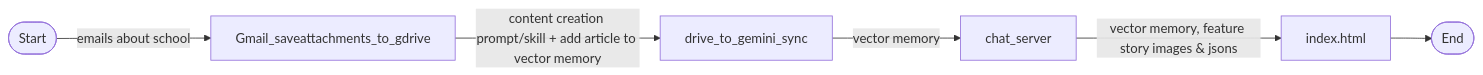
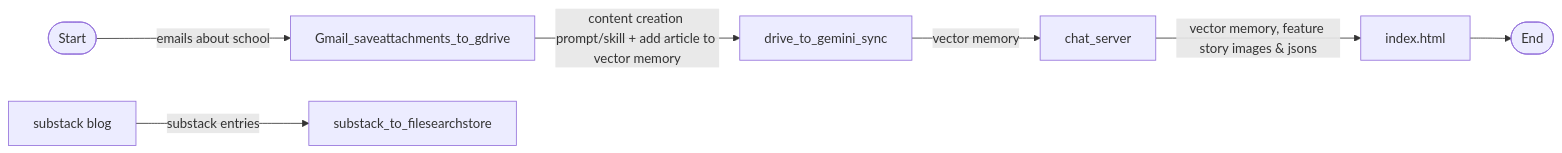
One commit to cognitivemetaphors/DevelopmentDirectorAgent changed the diagram in readme.md. Above: the diagram before and after it, drawn with Mermaid. The commit also changed other lines of this file and 2 other files, not shown here.

Commit message:
Introduce substack_to_filesearchstore and new chat_server substack endpoint

````diff
--- a/readme.md
+++ b/readme.md
@@ -1,9 +1,10 @@
 ```mermaid
 flowchart LR 
         A(["Start"])
         A --emails about school--> B["Gmail_saveattachments_to_gdrive"]
         B --content creation prompt/skill + add article to vector memory-->D["drive_to_gemini_sync"]
         D -- vector memory-->E["chat_server"]
         E --vector memory, feature story images & jsons-->H["index.html"]
+        J["substack blog"]--substack entries-->L["substack_to_filesearchstore"]
         H --> I(["End"])
 ```
````
